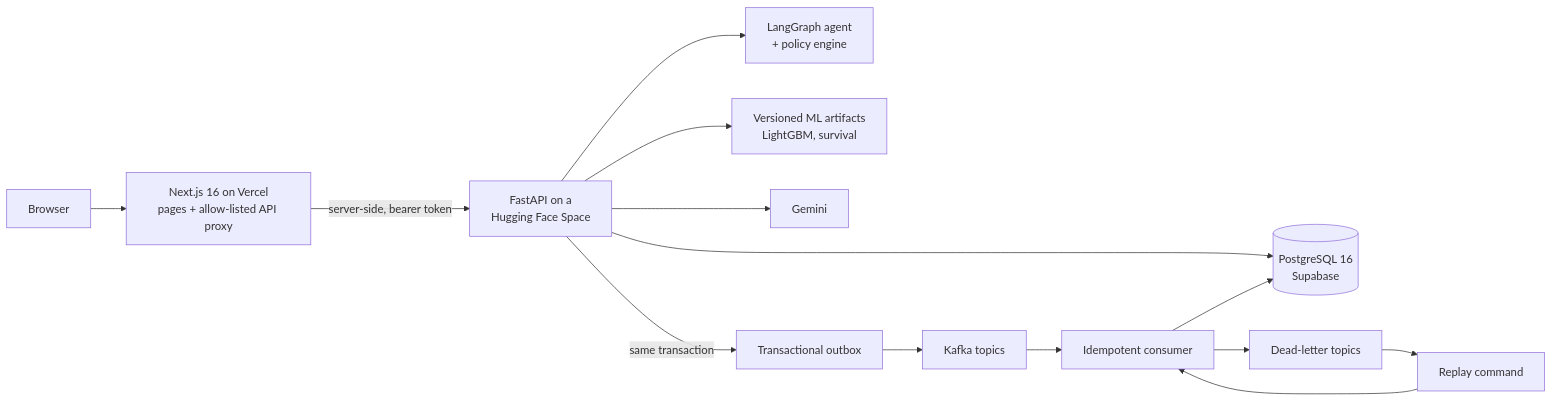
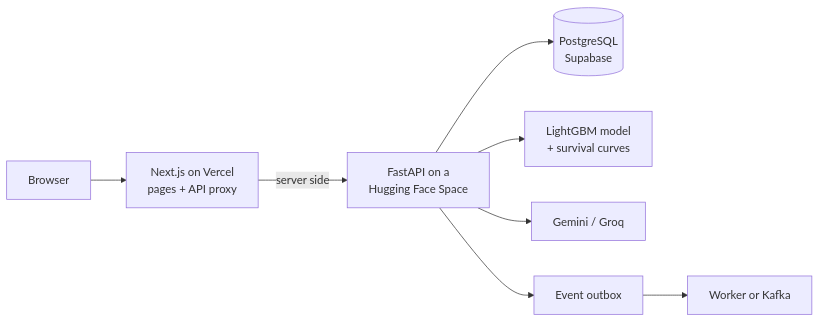
One commit to whizey/InvoiceIQ changed the diagram in README.md. Above: the diagram before and after it, drawn with Mermaid. The commit also changed other lines of this file and 20 other files, not shown here.

````diff
--- a/README.md
+++ b/README.md
@@ -94,16 +120,9 @@
 ```mermaid
 flowchart LR
-  Browser[Browser] --> Web["Next.js 16 on Vercel<br/>pages + allow-listed API proxy"]
-  Web -->|server-side, bearer token| API["FastAPI on a<br/>Hugging Face Space"]
-  API --> DB[(PostgreSQL 16<br/>Supabase)]
-  API --> Graph[LangGraph agent<br/>+ policy engine]
-  API --> Models[Versioned ML artifacts<br/>LightGBM, survival]
-  API --> LLM[Gemini]
-  API -->|same transaction| Outbox[Transactional outbox]
-  Outbox --> Kafka[Kafka topics]
-  Kafka --> Consumer[Idempotent consumer]
-  Consumer --> DB
-  Consumer --> DLQ[Dead-letter topics]
-  DLQ --> Replay[Replay command]
-  Replay --> Consumer
+  Browser --> Web["Next.js on Vercel<br/>pages + API proxy"]
+  Web -->|server side| API["FastAPI on a<br/>Hugging Face Space"]
+  API --> DB[(PostgreSQL<br/>Supabase)]
+  API --> Models[LightGBM model<br/>+ survival curves]
+  API --> LLM[Gemini / Groq]
+  API --> Outbox[Event outbox] --> Worker[Worker or Kafka]
 ```
````
